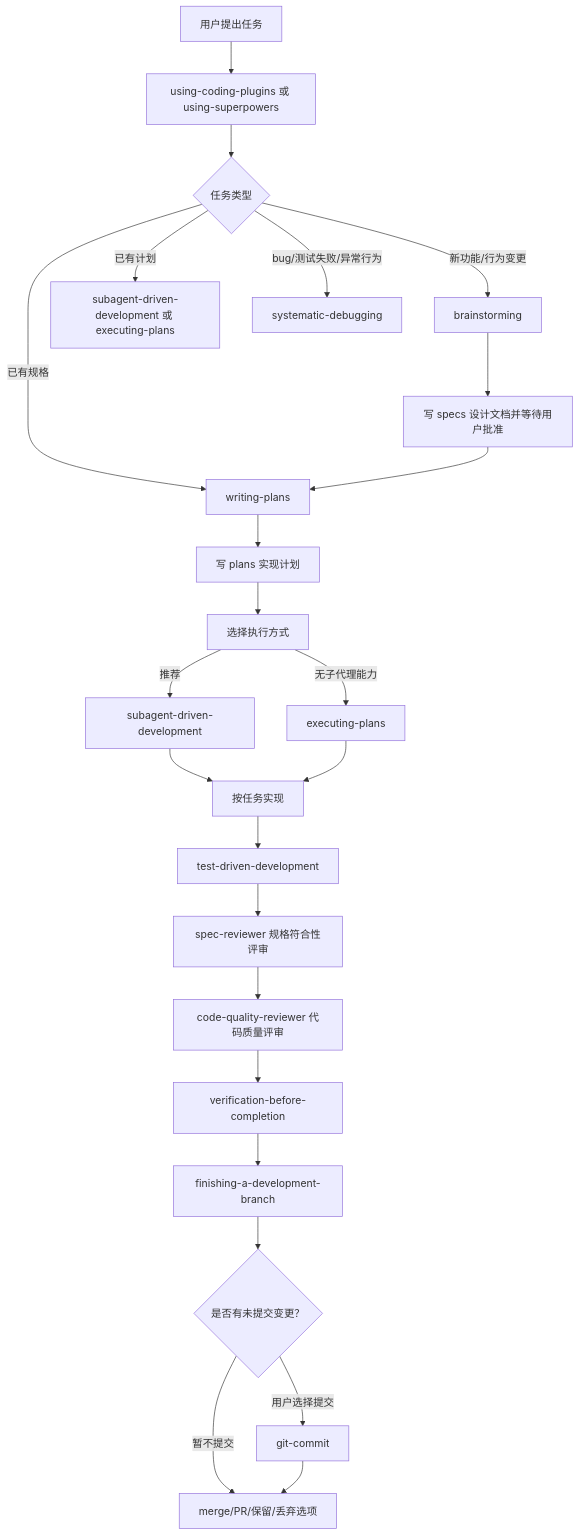
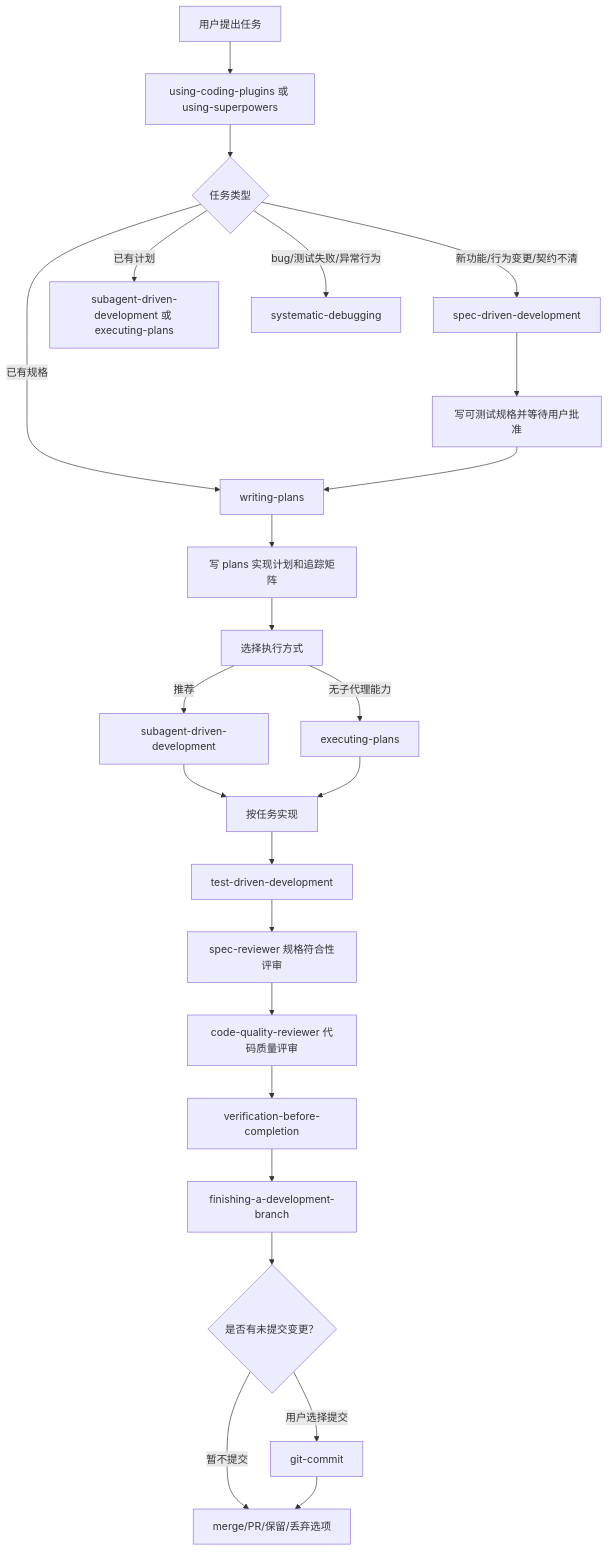
Before and after one commit to Vincen-dev/coding-plugins: the diagram in docs/workflow-chain.md, drawn with Mermaid. The commit also changed other lines of this file and 37 other files, not shown here.

````diff
--- a/docs/workflow-chain.md
+++ b/docs/workflow-chain.md
@@ -22,26 +22,26 @@
 ```mermaid
 flowchart TD
   A["用户提出任务"] --> B["using-coding-plugins 或 using-superpowers"]
   B --> C{任务类型}
-  C -->|新功能/行为变更| D["brainstorming"]
+  C -->|新功能/行为变更/契约不清| D["spec-driven-development"]
   C -->|已有规格| E["writing-plans"]
   C -->|已有计划| F["subagent-driven-development 或 executing-plans"]
   C -->|bug/测试失败/异常行为| G["systematic-debugging"]
-  D --> H["写 specs 设计文档并等待用户批准"]
+  D --> H["写可测试规格并等待用户批准"]
   H --> E
-  E --> I["写 plans 实现计划"]
+  E --> I["写 plans 实现计划和追踪矩阵"]
   I --> J["选择执行方式"]
   J -->|推荐| K["subagent-driven-development"]
   J -->|无子代理能力| L["executing-plans"]
   K --> M["按任务实现"]
   L --> M
   M --> N["test-driven-development"]
   N --> O["spec-reviewer 规格符合性评审"]
   O --> P["code-quality-reviewer 代码质量评审"]
   P --> Q["verification-before-completion"]
   Q --> R["finishing-a-development-branch"]
   R --> S{"是否有未提交变更？"}
   S -->|用户选择提交| T["git-commit"]
   S -->|暂不提交| U["merge/PR/保留/丢弃选项"]
   T --> U
 ```
````
